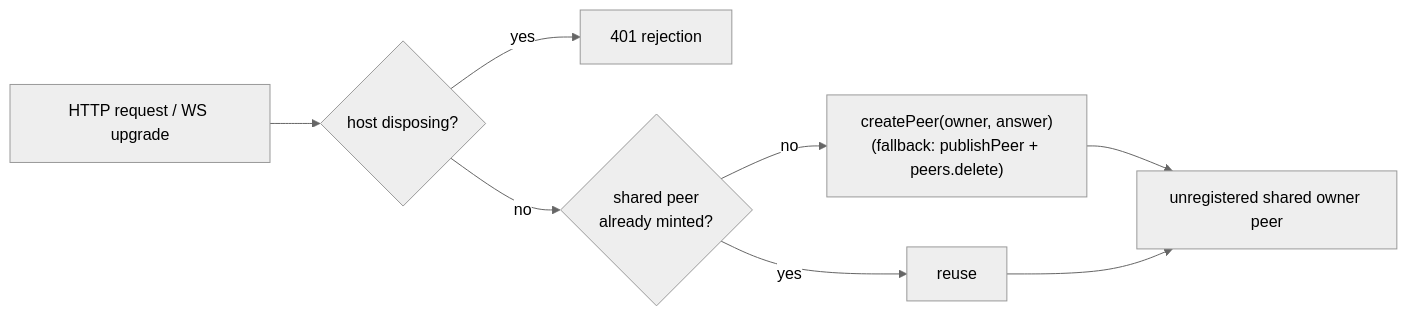
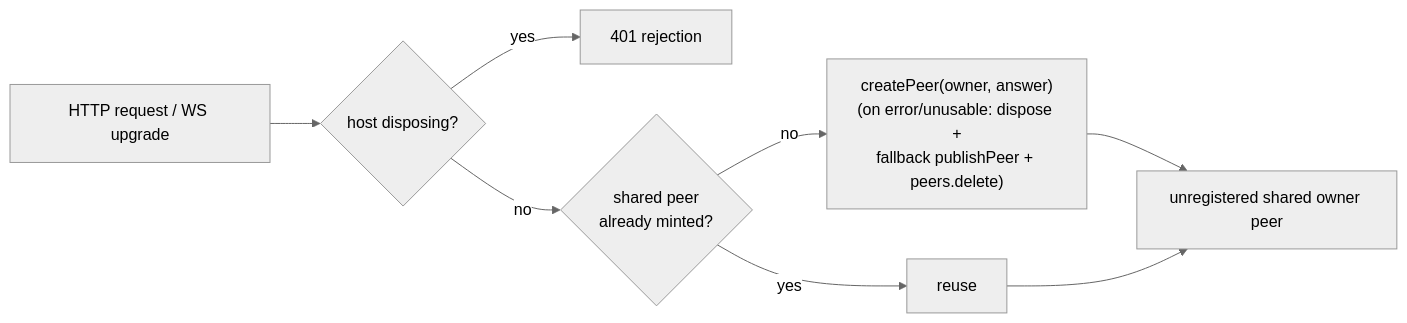
One commit to Casper-Mars/dsh-local-admission changed the diagram in README.md. Above: the diagram before and after it, drawn with Mermaid (neutral theme). The commit also changed other lines of this file and 2 other files, not shown here.

First line of the commit message:
fix: harden peer minting against registered peers and createPeer failures

````diff
--- a/README.md
+++ b/README.md
@@ -50,10 +50,10 @@
 ```mermaid
 flowchart LR
   C[HTTP request / WS upgrade] --> D{host disposing?}
   D -- yes --> R401[401 rejection]
   D -- no --> K{shared peer<br/>already minted?}
   K -- yes --> U[reuse]
-  K -- no --> N["createPeer(owner, answer)<br/>(fallback: publishPeer + peers.delete)"]
+  K -- no --> N["createPeer(owner, answer)<br/>(on error/unusable: dispose +<br/>fallback publishPeer + peers.delete)"]
   N --> OK[unregistered shared owner peer]
   U --> OK
 ```
````
